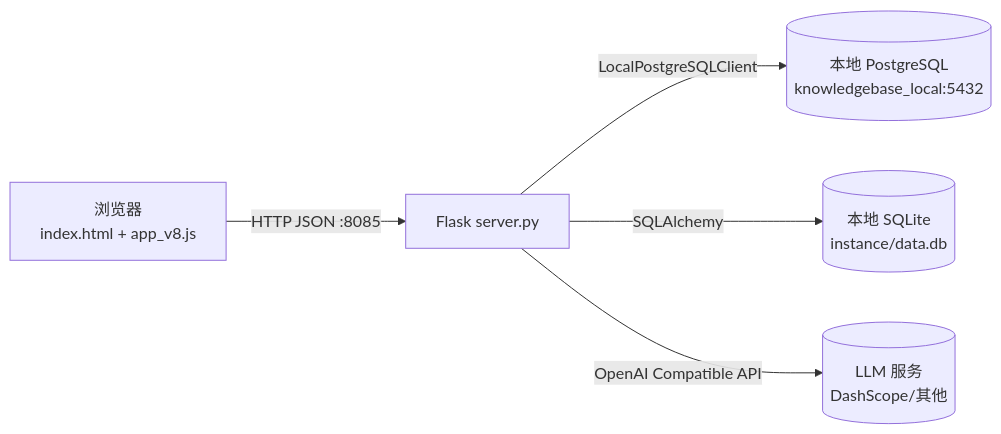
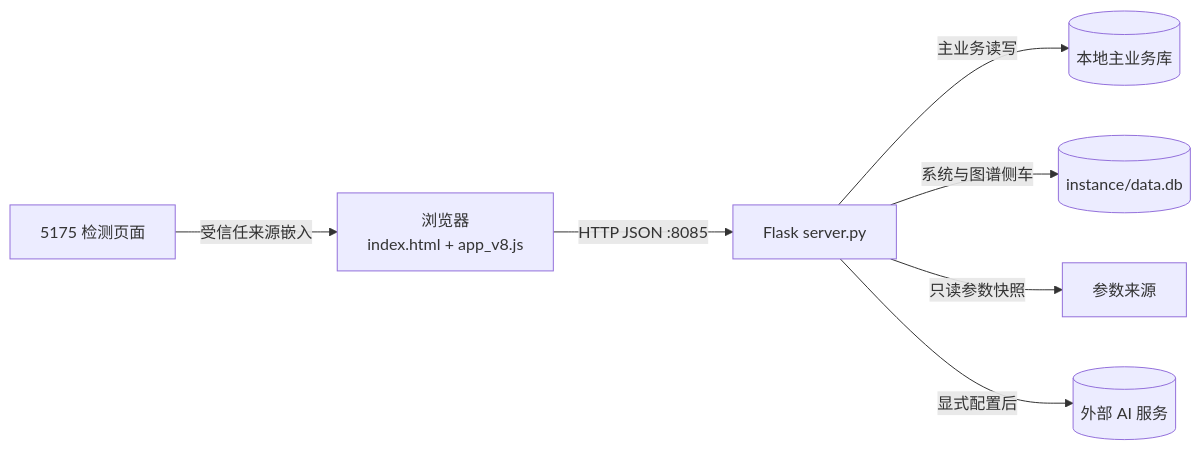
Before and after one commit to tuzi1995/knowbase-HUb: the diagram in KnowledgeBaseTool_Local/K-Matrix助手_功能介绍与数据流_本地版.md, drawn with Mermaid. The commit also changed other lines of this file and 41 other files, not shown here.

````diff
--- a/KnowledgeBaseTool_Local/K-Matrix助手_功能介绍与数据流_本地版.md
+++ b/KnowledgeBaseTool_Local/K-Matrix助手_功能介绍与数据流_本地版.md
@@ -672,7 +716,9 @@
 ```mermaid
 flowchart LR
   Browser[浏览器\nindex.html + app_v8.js] -->|HTTP JSON :8085| Flask[Flask server.py]
-  Flask -->|LocalPostgreSQLClient| PostgreSQL[(本地 PostgreSQL\nknowledgebase_local:5432)]
-  Flask -->|SQLAlchemy| SQLite[(本地 SQLite\ninstance/data.db)]
-  Flask -->|OpenAI Compatible API| LLM[(LLM 服务\nDashScope/其他)]
+  Flask -->|主业务读写| PostgreSQL[(本地主业务库)]
+  Flask -->|系统与图谱侧车| SQLite[(instance/data.db)]
+  Flask -->|只读参数快照| Param[参数来源]
+  Flask -->|显式配置后| LLM[(外部 AI 服务)]
+  Detector[5175 检测页面] -->|受信任来源嵌入| Browser
 ```
````
